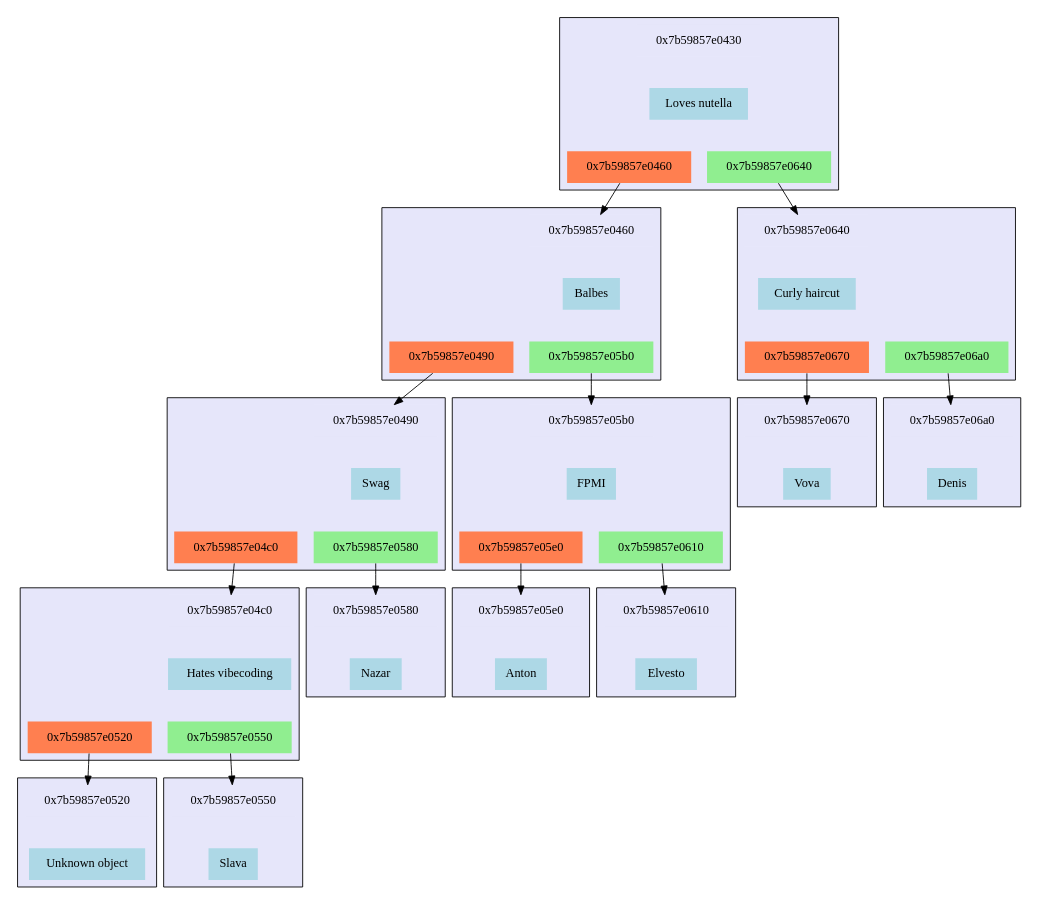
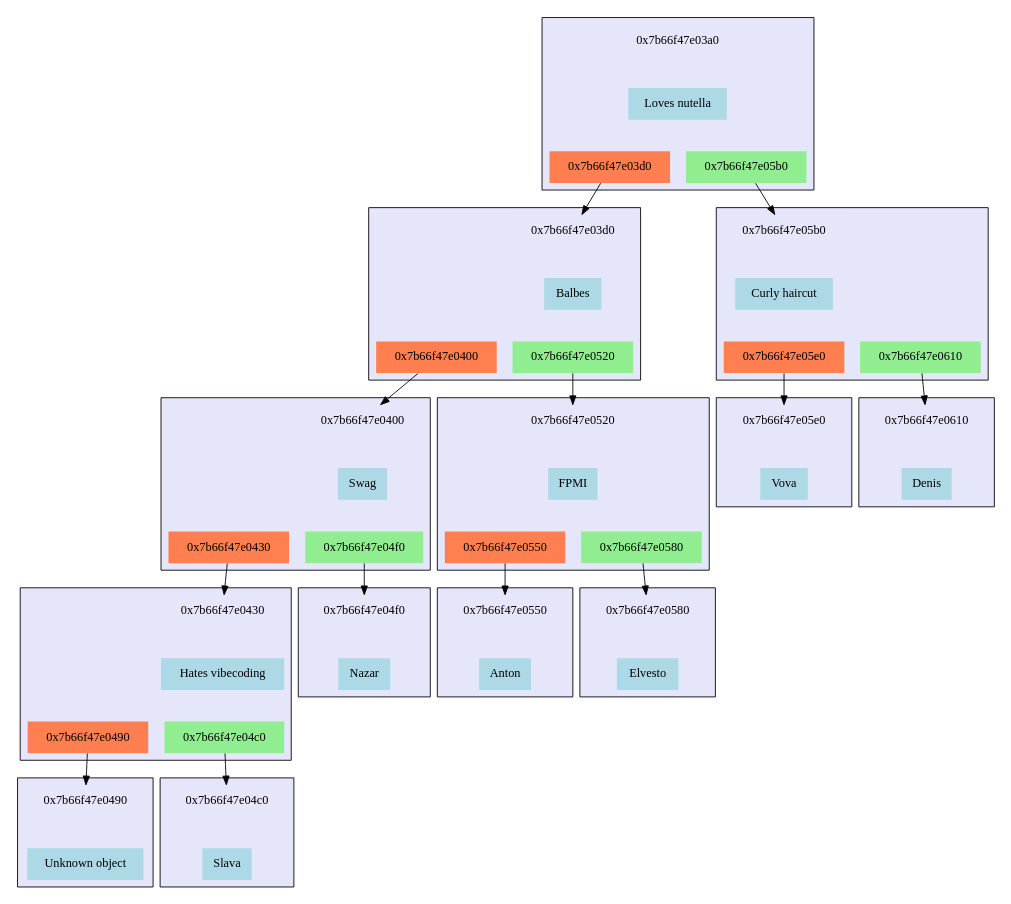
Before and after one commit to MasterVAE/MIPT_Akinator: the diagram in files/tree.dot, drawn with Graphviz. The commit also changed 4 other files, not shown here.

```diff
--- a/files/tree.dot
+++ b/files/tree.dot
@@ -1,208 +1,208 @@
 digraph G {	 node [shape=plaintext, style="filled"];
 	 rankdir=TB;
-subgraph cluster_0x7b59857e0430                                     
+subgraph cluster_0x7b66f47e03a0                                     
 {                                                       
 	style=filled;                                         
 	rank=0;                                              
 	fillcolor=lavender;                                   
-	"0x7b59857e0430_address"[label="0x7b59857e0430",fillcolor="lavender"];  
-	"0x7b59857e0430_value"[label="Loves nutella",fillcolor="lightblue"];   
-	subgraph "0x7b59857e0430_bottom"                                
+	"0x7b66f47e03a0_address"[label="0x7b66f47e03a0",fillcolor="lavender"];  
+	"0x7b66f47e03a0_value"[label="Loves nutella",fillcolor="lightblue"];   
+	subgraph "0x7b66f47e03a0_bottom"                                
 	{                                                     
 		 style=invis;                                       
-		"0x7b59857e0430_left"[label="0x7b59857e0460",fillcolor="coral"];      
-		"0x7b59857e0430_right"[label="0x7b59857e0640",fillcolor="lightgreen"];
+		"0x7b66f47e03a0_left"[label="0x7b66f47e03d0",fillcolor="coral"];      
+		"0x7b66f47e03a0_right"[label="0x7b66f47e05b0",fillcolor="lightgreen"];
 	}                                                     
-	"0x7b59857e0430_address"->"0x7b59857e0430_value"[style=invis,weight=10];  
-	"0x7b59857e0430_value"->"0x7b59857e0430_left"[style=invis,weight=10];     
-	"0x7b59857e0430_value"->"0x7b59857e0430_right"[style=invis,weight=10];    
+	"0x7b66f47e03a0_address"->"0x7b66f47e03a0_value"[style=invis,weight=10];  
+	"0x7b66f47e03a0_value"->"0x7b66f47e03a0_left"[style=invis,weight=10];     
+	"0x7b66f47e03a0_value"->"0x7b66f47e03a0_right"[style=invis,weight=10];    
 }                                                       
-"0x7b59857e0430_left" -> "0x7b59857e0460_address";
-subgraph cluster_0x7b59857e0460                                     
+"0x7b66f47e03a0_left" -> "0x7b66f47e03d0_address";
+subgraph cluster_0x7b66f47e03d0                                     
 {                                                       
 	style=filled;                                         
 	rank=1;                                              
 	fillcolor=lavender;                                   
-	"0x7b59857e0460_address"[label="0x7b59857e0460",fillcolor="lavender"];  
-	"0x7b59857e0460_value"[label="Balbes",fillcolor="lightblue"];   
-	subgraph "0x7b59857e0460_bottom"                                
+	"0x7b66f47e03d0_address"[label="0x7b66f47e03d0",fillcolor="lavender"];  
+	"0x7b66f47e03d0_value"[label="Balbes",fillcolor="lightblue"];   
+	subgraph "0x7b66f47e03d0_bottom"                                
 	{                                                     
 		 style=invis;                                       
-		"0x7b59857e0460_left"[label="0x7b59857e0490",fillcolor="coral"];      
-		"0x7b59857e0460_right"[label="0x7b59857e05b0",fillcolor="lightgreen"];
+		"0x7b66f47e03d0_left"[label="0x7b66f47e0400",fillcolor="coral"];      
+		"0x7b66f47e03d0_right"[label="0x7b66f47e0520",fillcolor="lightgreen"];
 	}                                                     
-	"0x7b59857e0460_address"->"0x7b59857e0460_value"[style=invis,weight=10];  
-	"0x7b59857e0460_value"->"0x7b59857e0460_left"[style=invis,weight=10];     
-	"0x7b59857e0460_value"->"0x7b59857e0460_right"[style=invis,weight=10];    
+	"0x7b66f47e03d0_address"->"0x7b66f47e03d0_value"[style=invis,weight=10];  
+	"0x7b66f47e03d0_value"->"0x7b66f47e03d0_left"[style=invis,weight=10];     
+	"0x7b66f47e03d0_value"->"0x7b66f47e03d0_right"[style=invis,weight=10];    
 }                                                       
-"0x7b59857e0460_left" -> "0x7b59857e0490_address";
-subgraph cluster_0x7b59857e0490                                     
+"0x7b66f47e03d0_left" -> "0x7b66f47e0400_address";
+subgraph cluster_0x7b66f47e0400                                     
 {                                                       
 	style=filled;                                         
 	rank=2;                                              
 	fillcolor=lavender;                                   
-	"0x7b59857e0490_address"[label="0x7b59857e0490",fillcolor="lavender"];  
-	"0x7b59857e0490_value"[label="Swag",fillcolor="lightblue"];   
-	subgraph "0x7b59857e0490_bottom"                                
+	"0x7b66f47e0400_address"[label="0x7b66f47e0400",fillcolor="lavender"];  
+	"0x7b66f47e0400_value"[label="Swag",fillcolor="lightblue"];   
+	subgraph "0x7b66f47e0400_bottom"                                
 	{                                                     
 		 style=invis;                                       
-		"0x7b59857e0490_left"[label="0x7b59857e04c0",fillcolor="coral"];      
-		"0x7b59857e0490_right"[label="0x7b59857e0580",fillcolor="lightgreen"];
+		"0x7b66f47e0400_left"[label="0x7b66f47e0430",fillcolor="coral"];      
+		"0x7b66f47e0400_right"[label="0x7b66f47e04f0",fillcolor="lightgreen"];
 	}                                                     
-	"0x7b59857e0490_address"->"0x7b59857e0490_value"[style=invis,weight=10];  
-	"0x7b59857e0490_value"->"0x7b59857e0490_left"[style=invis,weight=10];     
-	"0x7b59857e0490_value"->"0x7b59857e0490_right"[style=invis,weight=10];    
+	"0x7b66f47e0400_address"->"0x7b66f47e0400_value"[style=invis,weight=10];  
+	"0x7b66f47e0400_value"->"0x7b66f47e0400_left"[style=invis,weight=10];     
+	"0x7b66f47e0400_value"->"0x7b66f47e0400_right"[style=invis,weight=10];    
 }                                                       
-"0x7b59857e0490_left" -> "0x7b59857e04c0_address";
-subgraph cluster_0x7b59857e04c0                                     
+"0x7b66f47e0400_left" -> "0x7b66f47e0430_address";
+subgraph cluster_0x7b66f47e0430                                     
 {                                                       
 	style=filled;                                         
 	rank=3;                                              
 	fillcolor=lavender;                                   
-	"0x7b59857e04c0_address"[label="0x7b59857e04c0",fillcolor="lavender"];  
-	"0x7b59857e04c0_value"[label="Hates vibecoding",fillcolor="lightblue"];   
-	subgraph "0x7b59857e04c0_bottom"                                
+	"0x7b66f47e0430_address"[label="0x7b66f47e0430",fillcolor="lavender"];  
+	"0x7b66f47e0430_value"[label="Hates vibecoding",fillcolor="lightblue"];   
+	subgraph "0x7b66f47e0430_bottom"                                
 	{                                                     
 		 style=invis;                                       
-		"0x7b59857e04c0_left"[label="0x7b59857e0520",fillcolor="coral"];      
-		"0x7b59857e04c0_right"[label="0x7b59857e0550",fillcolor="lightgreen"];
+		"0x7b66f47e0430_left"[label="0x7b66f47e0490",fillcolor="coral"];      
+		"0x7b66f47e0430_right"[label="0x7b66f47e04c0",fillcolor="lightgreen"];
 	}                                                     
-	"0x7b59857e04c0_address"->"0x7b59857e04c0_value"[style=invis,weight=10];  
-	"0x7b59857e04c0_value"->"0x7b59857e04c0_left"[style=invis,weight=10];     
-	"0x7b59857e04c0_value"->"0x7b59857e04c0_right"[style=invis,weight=10];    
+	"0x7b66f47e0430_address"->"0x7b66f47e0430_value"[style=invis,weight=10];  
+	"0x7b66f47e0430_value"->"0x7b66f47e0430_left"[style=invis,weight=10];     
+	"0x7b66f47e0430_value"->"0x7b66f47e0430_right"[style=invis,weight=10];    
 }                                                       
-"0x7b59857e04c0_left" -> "0x7b59857e0520_address";
-subgraph cluster_0x7b59857e0520                                     
+"0x7b66f47e0430_left" -> "0x7b66f47e0490_address";
+subgraph cluster_0x7b66f47e0490                                     
 {                                                       
 	style=filled;                                         
 	rank=4;                                              
 	fillcolor=lavender;                                   
-	"0x7b59857e0520_address"[label="0x7b59857e0520",fillcolor="lavender"];  
-	"0x7b59857e0520_value"[label="Unknown object",fillcolor="lightblue"];   
-	subgraph "0x7b59857e0520_bottom"                                
+	"0x7b66f47e0490_address"[label="0x7b66f47e0490",fillcolor="lavender"];  
+	"0x7b66f47e0490_value"[label="Unknown object",fillcolor="lightblue"];   
+	subgraph "0x7b66f47e0490_bottom"                                
 	{                                                     
 		 style=invis;                                       
 	}                                                     
-	"0x7b59857e0520_address"->"0x7b59857e0520_value"[style=invis,weight=10];  
+	"0x7b66f47e0490_address"->"0x7b66f47e0490_value"[style=invis,weight=10];  
 }                                                       
-"0x7b59857e04c0_right" -> "0x7b59857e0550_address";
-subgraph cluster_0x7b59857e0550                                     
+"0x7b66f47e0430_right" -> "0x7b66f47e04c0_address";
+subgraph cluster_0x7b66f47e04c0                                     
 {                                                       
 	style=filled;                                         
 	rank=4;                                              
 	fillcolor=lavender;                                   
-	"0x7b59857e0550_address"[label="0x7b59857e0550",fillcolor="lavender"];  
-	"0x7b59857e0550_value"[label="Slava",fillcolor="lightblue"];   
-	subgraph "0x7b59857e0550_bottom"                                
+	"0x7b66f47e04c0_address"[label="0x7b66f47e04c0",fillcolor="lavender"];  
+	"0x7b66f47e04c0_value"[label="Slava",fillcolor="lightblue"];   
+	subgraph "0x7b66f47e04c0_bottom"                                
 	{                                                     
 		 style=invis;                                       
 	}                                                     
-	"0x7b59857e0550_address"->"0x7b59857e0550_value"[style=invis,weight=10];  
+	"0x7b66f47e04c0_address"->"0x7b66f47e04c0_value"[style=invis,weight=10];  
 }                                                       
-"0x7b59857e0490_right" -> "0x7b59857e0580_address";
-subgraph cluster_0x7b59857e0580                                     
+"0x7b66f47e0400_right" -> "0x7b66f47e04f0_address";
+subgraph cluster_0x7b66f47e04f0                                     
 {                                                       
 	style=filled;                                         
 	rank=3;                                              
 	fillcolor=lavender;                                   
-	"0x7b59857e0580_address"[label="0x7b59857e0580",fillcolor="lavender"];  
-	"0x7b59857e0580_value"[label="Nazar",fillcolor="lightblue"];   
-	subgraph "0x7b59857e0580_bottom"                                
+	"0x7b66f47e04f0_address"[label="0x7b66f47e04f0",fillcolor="lavender"];  
+	"0x7b66f47e04f0_value"[label="Nazar",fillcolor="lightblue"];   
+	subgraph "0x7b66f47e04f0_bottom"                                
 	{                                                     
 		 style=invis;                                       
 	}                                                     
-	"0x7b59857e0580_address"->"0x7b59857e0580_value"[style=invis,weight=10];  
+	"0x7b66f47e04f0_address"->"0x7b66f47e04f0_value"[style=invis,weight=10];  
 }                                                       
-"0x7b59857e0460_right" -> "0x7b59857e05b0_address";
-subgraph cluster_0x7b59857e05b0                                     
+"0x7b66f47e03d0_right" -> "0x7b66f47e0520_address";
+subgraph cluster_0x7b66f47e0520                                     
 {                                                       
 	style=filled;                                         
 	rank=2;                                              
 	fillcolor=lavender;                                   
-	"0x7b59857e05b0_address"[label="0x7b59857e05b0",fillcolor="lavender"];  
-	"0x7b59857e05b0_value"[label="FPMI",fillcolor="lightblue"];   
-	subgraph "0x7b59857e05b0_bottom"                                
+	"0x7b66f47e0520_address"[label="0x7b66f47e0520",fillcolor="lavender"];  
+	"0x7b66f47e0520_value"[label="FPMI",fillcolor="lightblue"];   
+	subgraph "0x7b66f47e0520_bottom"                                
 	{                                                     
 		 style=invis;                                       
-		"0x7b59857e05b0_left"[label="0x7b59857e05e0",fillcolor="coral"];      
-		"0x7b59857e05b0_right"[label="0x7b59857e0610",fillcolor="lightgreen"];
+		"0x7b66f47e0520_left"[label="0x7b66f47e0550",fillcolor="coral"];      
+		"0x7b66f47e0520_right"[label="0x7b66f47e0580",fillcolor="lightgreen"];
 	}                                                     
-	"0x7b59857e05b0_address"->"0x7b59857e05b0_value"[style=invis,weight=10];  
-	"0x7b59857e05b0_value"->"0x7b59857e05b0_left"[style=invis,weight=10];     
-	"0x7b59857e05b0_value"->"0x7b59857e05b0_right"[style=invis,weight=10];    
+	"0x7b66f47e0520_address"->"0x7b66f47e0520_value"[style=invis,weight=10];  
+	"0x7b66f47e0520_value"->"0x7b66f47e0520_left"[style=invis,weight=10];     
+	"0x7b66f47e0520_value"->"0x7b66f47e0520_right"[style=invis,weight=10];    
 }                                                       
-"0x7b59857e05b0_left" -> "0x7b59857e05e0_address";
-subgraph cluster_0x7b59857e05e0                                     
+"0x7b66f47e0520_left" -> "0x7b66f47e0550_address";
+subgraph cluster_0x7b66f47e0550                                     
 {                                                       
 	style=filled;                                         
 	rank=3;                                              
 	fillcolor=lavender;                                   
-	"0x7b59857e05e0_address"[label="0x7b59857e05e0",fillcolor="lavender"];  
-	"0x7b59857e05e0_value"[label="Anton",fillcolor="lightblue"];   
-	subgraph "0x7b59857e05e0_bottom"                                
+	"0x7b66f47e0550_address"[label="0x7b66f47e0550",fillcolor="lavender"];  
+	"0x7b66f47e0550_value"[label="Anton",fillcolor="lightblue"];   
+	subgraph "0x7b66f47e0550_bottom"                                
 	{                                                     
 		 style=invis;                                       
 	}                                                     
-	"0x7b59857e05e0_address"->"0x7b59857e05e0_value"[style=invis,weight=10];  
+	"0x7b66f47e0550_address"->"0x7b66f47e0550_value"[style=invis,weight=10];  
 }                                                       
-"0x7b59857e05b0_right" -> "0x7b59857e0610_address";
-subgraph cluster_0x7b59857e0610                                     
+"0x7b66f47e0520_right" -> "0x7b66f47e0580_address";
+subgraph cluster_0x7b66f47e0580                                     
 {                                                       
 	style=filled;                                         
 	rank=3;                                              
 	fillcolor=lavender;                                   
-	"0x7b59857e0610_address"[label="0x7b59857e0610",fillcolor="lavender"];  
-	"0x7b59857e0610_value"[label="Elvesto",fillcolor="lightblue"];   
-	subgraph "0x7b59857e0610_bottom"                                
+	"0x7b66f47e0580_address"[label="0x7b66f47e0580",fillcolor="lavender"];  
+	"0x7b66f47e0580_value"[label="Elvesto",fillcolor="lightblue"];   
+	subgraph "0x7b66f47e0580_bottom"                                
 	{                                                     
 		 style=invis;                                       
 	}                                                     
-	"0x7b59857e0610_address"->"0x7b59857e0610_value"[style=invis,weight=10];  
+	"0x7b66f47e0580_address"->"0x7b66f47e0580_value"[style=invis,weight=10];  
 }                                                       
-"0x7b59857e0430_right" -> "0x7b59857e0640_address";
-subgraph cluster_0x7b59857e0640                                     
+"0x7b66f47e03a0_right" -> "0x7b66f47e05b0_address";
+subgraph cluster_0x7b66f47e05b0                                     
 {                                                       
 	style=filled;                                         
 	rank=1;                                              
 	fillcolor=lavender;                                   
-	"0x7b59857e0640_address"[label="0x7b59857e0640",fillcolor="lavender"];  
-	"0x7b59857e0640_value"[label="Curly haircut",fillcolor="lightblue"];   
-	subgraph "0x7b59857e0640_bottom"                                
+	"0x7b66f47e05b0_address"[label="0x7b66f47e05b0",fillcolor="lavender"];  
+	"0x7b66f47e05b0_value"[label="Curly haircut",fillcolor="lightblue"];   
+	subgraph "0x7b66f47e05b0_bottom"                                
 	{                                                     
 		 style=invis;                                       
-		"0x7b59857e0640_left"[label="0x7b59857e0670",fillcolor="coral"];      
-		"0x7b59857e0640_right"[label="0x7b59857e06a0",fillcolor="lightgreen"];
+		"0x7b66f47e05b0_left"[label="0x7b66f47e05e0",fillcolor="coral"];      
+		"0x7b66f47e05b0_right"[label="0x7b66f47e0610",fillcolor="lightgreen"];
 	}                                                     
-	"0x7b59857e0640_address"->"0x7b59857e0640_value"[style=invis,weight=10];  
-	"0x7b59857e0640_value"->"0x7b59857e0640_left"[style=invis,weight=10];     
-	"0x7b59857e0640_value"->"0x7b59857e0640_right"[style=invis,weight=10];    
+	"0x7b66f47e05b0_address"->"0x7b66f47e05b0_value"[style=invis,weight=10];  
+	"0x7b66f47e05b0_value"->"0x7b66f47e05b0_left"[style=invis,weight=10];     
+	"0x7b66f47e05b0_value"->"0x7b66f47e05b0_right"[style=invis,weight=10];    
 }                                                       
-"0x7b59857e0640_left" -> "0x7b59857e0670_address";
-subgraph cluster_0x7b59857e0670                                     
+"0x7b66f47e05b0_left" -> "0x7b66f47e05e0_address";
+subgraph cluster_0x7b66f47e05e0                                     
 {                                                       
 	style=filled;                                         
 	rank=2;                                              
 	fillcolor=lavender;                                   
-	"0x7b59857e0670_address"[label="0x7b59857e0670",fillcolor="lavender"];  
-	"0x7b59857e0670_value"[label="Vova",fillcolor="lightblue"];   
-	subgraph "0x7b59857e0670_bottom"                                
+	"0x7b66f47e05e0_address"[label="0x7b66f47e05e0",fillcolor="lavender"];  
+	"0x7b66f47e05e0_value"[label="Vova",fillcolor="lightblue"];   
+	subgraph "0x7b66f47e05e0_bottom"                                
 	{                                                     
 		 style=invis;                                       
 	}                                                     
-	"0x7b59857e0670_address"->"0x7b59857e0670_value"[style=invis,weight=10];  
+	"0x7b66f47e05e0_address"->"0x7b66f47e05e0_value"[style=invis,weight=10];  
 }                                                       
-"0x7b59857e0640_right" -> "0x7b59857e06a0_address";
-subgraph cluster_0x7b59857e06a0                                     
+"0x7b66f47e05b0_right" -> "0x7b66f47e0610_address";
+subgraph cluster_0x7b66f47e0610                                     
 {                                                       
 	style=filled;                                         
 	rank=2;                                              
 	fillcolor=lavender;                                   
-	"0x7b59857e06a0_address"[label="0x7b59857e06a0",fillcolor="lavender"];  
-	"0x7b59857e06a0_value"[label="Denis",fillcolor="lightblue"];   
-	subgraph "0x7b59857e06a0_bottom"                                
+	"0x7b66f47e0610_address"[label="0x7b66f47e0610",fillcolor="lavender"];  
+	"0x7b66f47e0610_value"[label="Denis",fillcolor="lightblue"];   
+	subgraph "0x7b66f47e0610_bottom"                                
 	{                                                     
 		 style=invis;                                       
 	}                                                     
-	"0x7b59857e06a0_address"->"0x7b59857e06a0_value"[style=invis,weight=10];  
+	"0x7b66f47e0610_address"->"0x7b66f47e0610_value"[style=invis,weight=10];  
 }                                                       
 }
```
